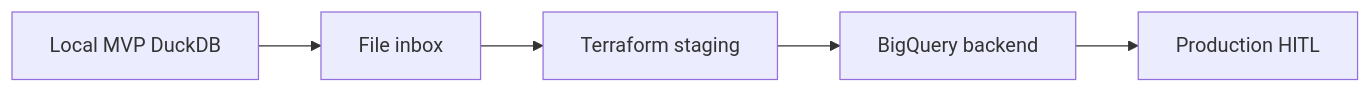
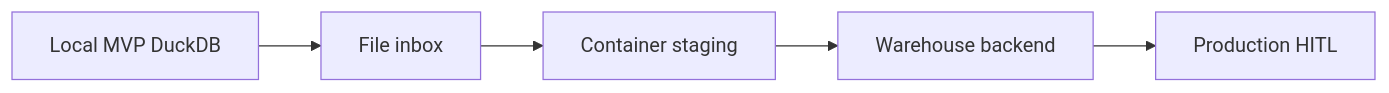
Before and after one commit to khaosans/operator-etl: the first of 2 diagrams in docs/SCALING.md, drawn with Mermaid. The commit also changed other lines of this file and 116 other files, not shown here.

First line of the commit message:
feat: Operator ETL 0.6.0 — portable warehouse, AWS/Azure Terraform, LLM efficiency (#33)

````diff
--- a/docs/SCALING.md
+++ b/docs/SCALING.md
@@ -13,13 +13,13 @@
 ```mermaid
 flowchart LR
   L0[Local MVP DuckDB]
   L1[File inbox]
-  L2[Terraform staging]
-  L3[BigQuery backend]
+  L2[Container staging]
+  L3[Warehouse backend]
   L4[Production HITL]
 
   L0 --> L1
   L1 --> L2
   L2 --> L3
   L3 --> L4
 ```
````
